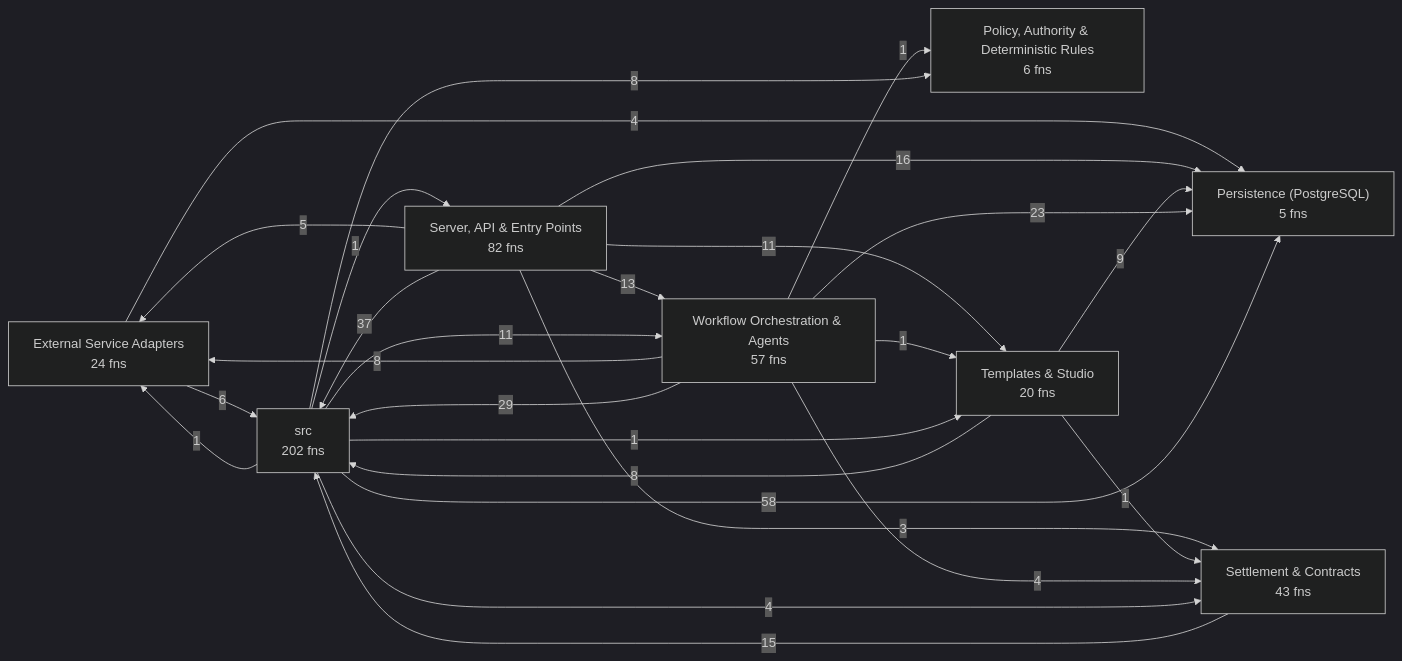
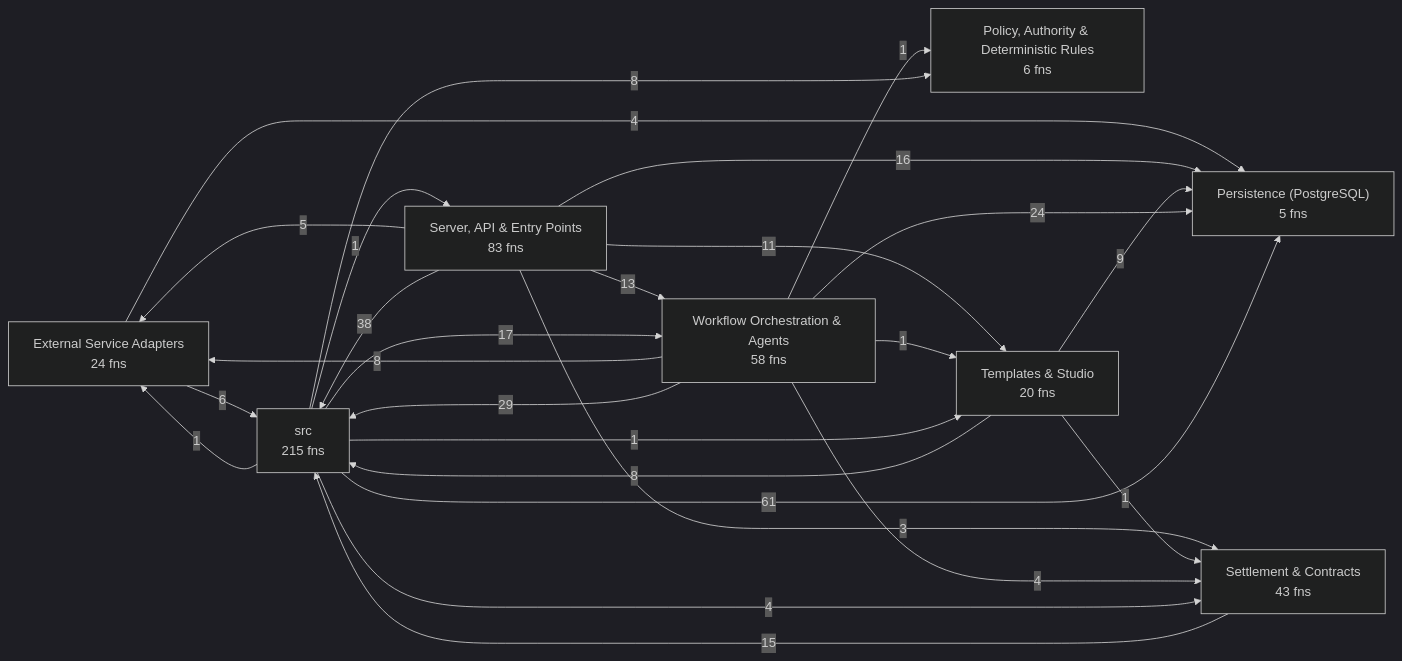
Before and after one commit to Jaydearcadian/bind: the first of 8 diagrams in docs/CODEBASE_MAP.md, drawn with Mermaid (dark theme). The commit also changed other lines of this file and 8 other files, not shown here.

````diff
--- a/docs/CODEBASE_MAP.md
+++ b/docs/CODEBASE_MAP.md
@@ -12,36 +12,36 @@
 ```mermaid
 flowchart LR
   L0["External Service Adapters<br/>24 fns"]
   L1["Persistence (PostgreSQL)<br/>5 fns"]
   L2["Policy, Authority & Deterministic Rules<br/>6 fns"]
-  L3["Server, API & Entry Points<br/>82 fns"]
+  L3["Server, API & Entry Points<br/>83 fns"]
   L4["Settlement & Contracts<br/>43 fns"]
   L5["Templates & Studio<br/>20 fns"]
-  L6["Workflow Orchestration & Agents<br/>57 fns"]
-  L7["src<br/>202 fns"]
+  L6["Workflow Orchestration & Agents<br/>58 fns"]
+  L7["src<br/>215 fns"]
   L0 -->|4| L1
   L0 -->|6| L7
   L3 -->|5| L0
   L3 -->|16| L1
   L3 -->|3| L4
   L3 -->|11| L5
   L3 -->|13| L6
-  L3 -->|37| L7
+  L3 -->|38| L7
   L4 -->|15| L7
   L5 -->|9| L1
   L5 -->|1| L4
   L5 -->|8| L7
   L6 -->|8| L0
-  L6 -->|23| L1
+  L6 -->|24| L1
   L6 -->|1| L2
   L6 -->|4| L4
   L6 -->|1| L5
   L6 -->|29| L7
   L7 -->|1| L0
-  L7 -->|58| L1
+  L7 -->|61| L1
   L7 -->|8| L2
   L7 -->|1| L3
   L7 -->|4| L4
   L7 -->|1| L5
-  L7 -->|11| L6
+  L7 -->|17| L6
 ```
````
